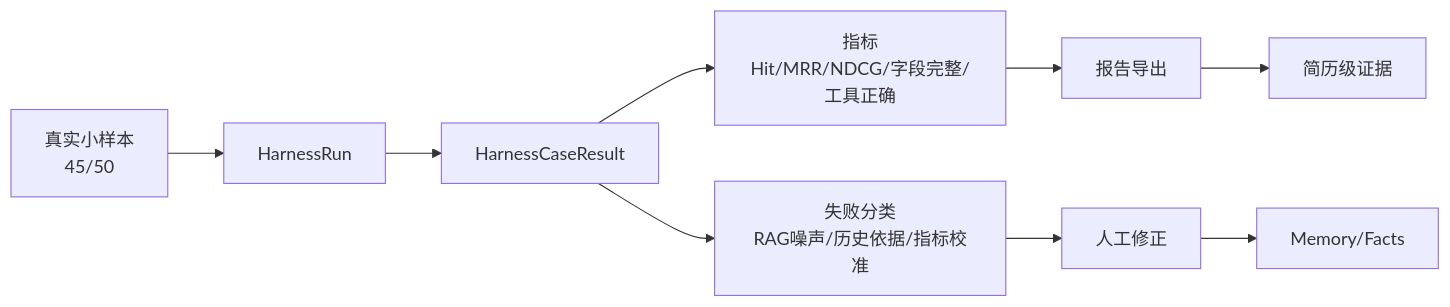
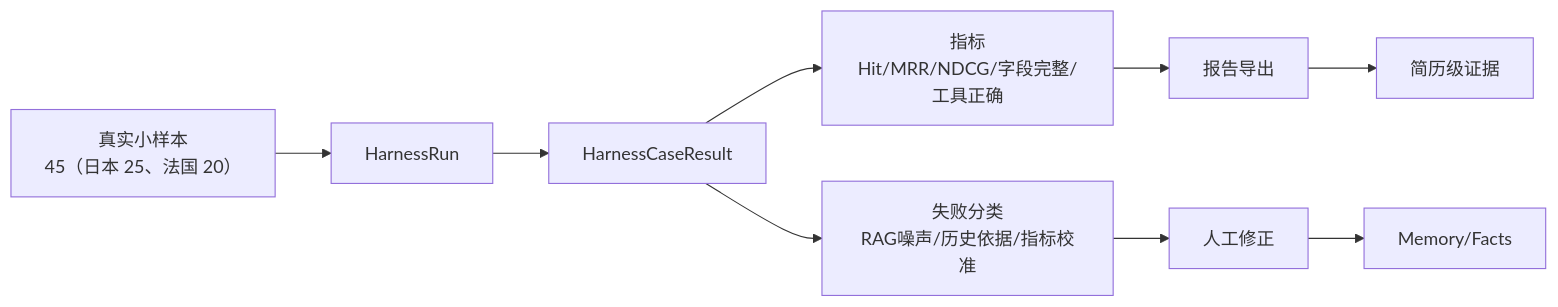
Before and after one commit to FangLemin/puzzle-agent: the sixth of 7 diagrams in docs/final_acceptance/puzzleops_architecture.md, drawn with Mermaid. The commit also changed 13 other files, not shown here.

Commit message:
docs: add architecture eval and demo deep dives v0.7.77

````diff
--- a/docs/final_acceptance/puzzleops_architecture.md
+++ b/docs/final_acceptance/puzzleops_architecture.md
@@ -89,11 +89,11 @@
 ```mermaid
 flowchart LR
-    Dataset["真实小样本\n45/50"] --> Run["HarnessRun"]
+    Dataset["真实小样本\n45（日本 25、法国 20）"] --> Run["HarnessRun"]
     Run --> Cases["HarnessCaseResult"]
     Cases --> Metrics["指标\nHit/MRR/NDCG/字段完整/工具正确"]
     Cases --> Failures["失败分类\nRAG噪声/历史依据/指标校准"]
     Failures --> HITL["人工修正"]
     HITL --> Memory["Memory/Facts"]
     Metrics --> Reports["报告导出"]
     Reports --> Resume["简历级证据"]
 ```
````
